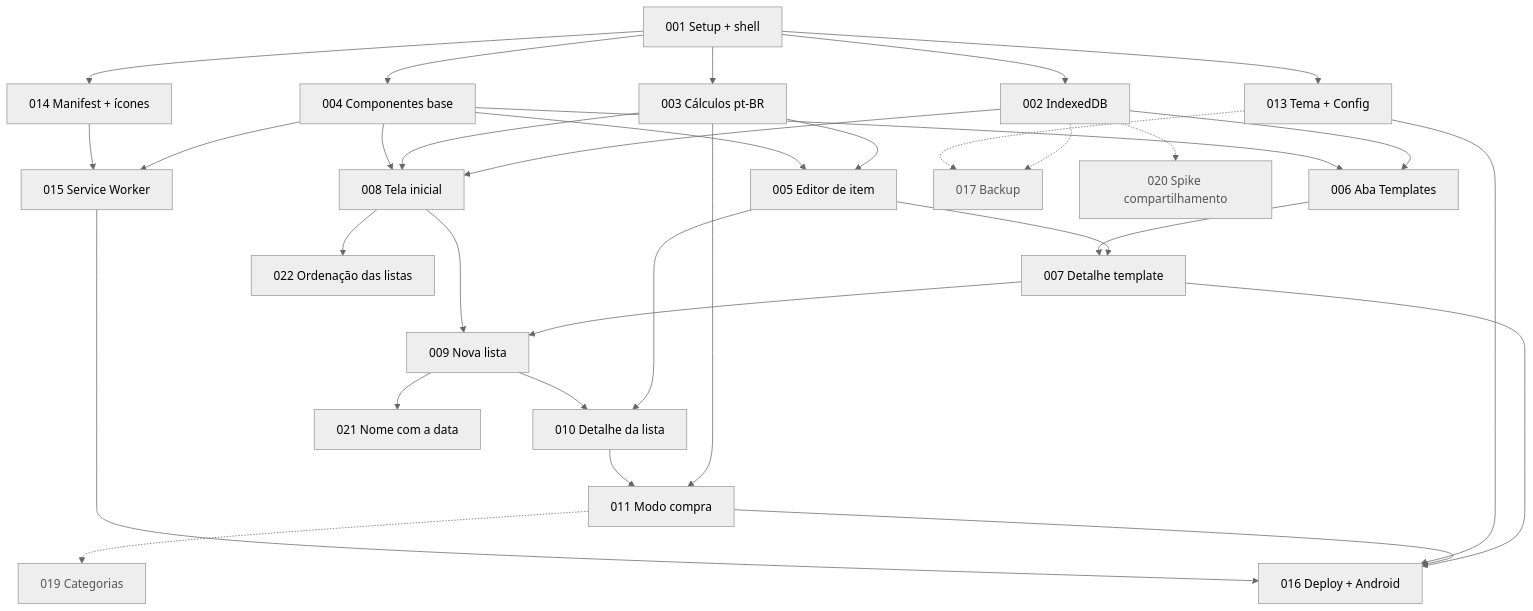
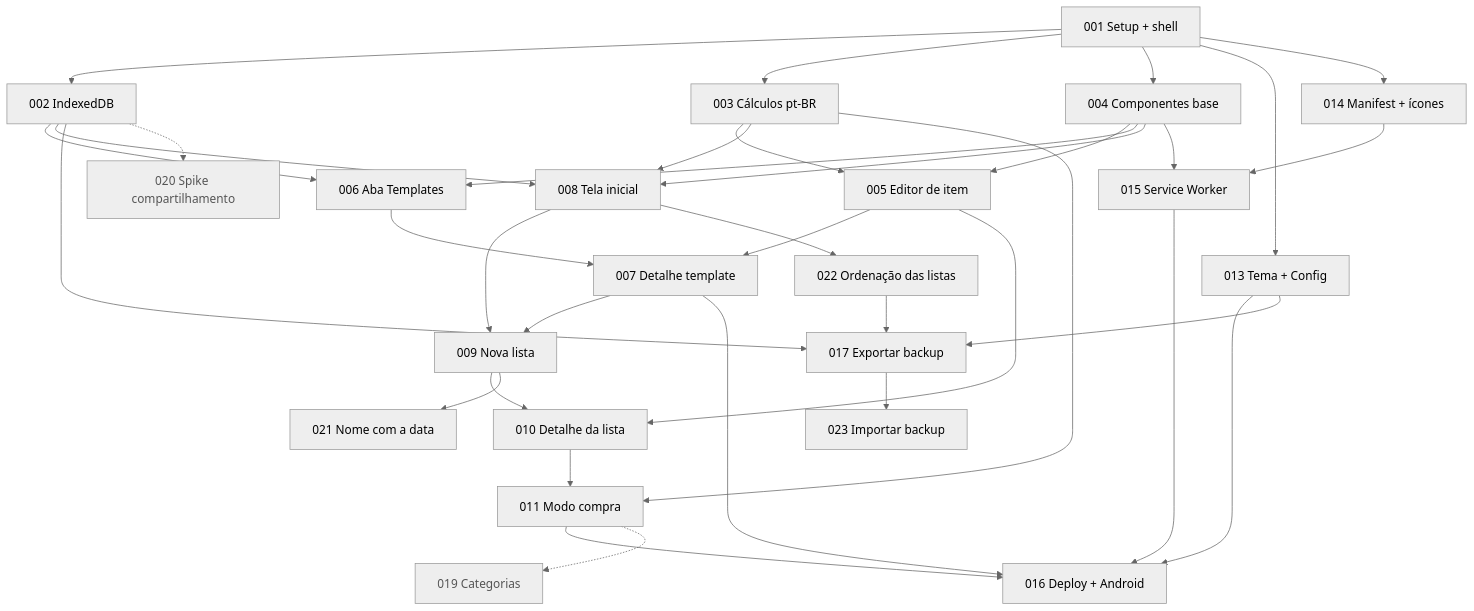
Before and after one commit to thalesAlves758/cestinha: the diagram in docs/cards/_index.md, drawn with Mermaid (neutral theme). The commit also changed other lines of this file and 4 other files, not shown here.

First line of the commit message:
doc: cards do backup (CARD-017 exportar, CARD-023 importar)

````diff
--- a/docs/cards/_index.md
+++ b/docs/cards/_index.md
@@ -54,39 +56,41 @@
 ```mermaid
 flowchart TD
     C001[001 Setup + shell] --> C002[002 IndexedDB]
     C001 --> C003[003 Cálculos pt-BR]
     C001 --> C004[004 Componentes base]
     C001 --> C013[013 Tema + Config]
     C001 --> C014[014 Manifest + ícones]
     C003 --> C005[005 Editor de item]
     C004 --> C005
     C002 --> C006[006 Aba Templates]
     C004 --> C006
     C005 --> C007[007 Detalhe template]
     C006 --> C007
     C002 --> C008[008 Tela inicial]
     C003 --> C008
     C004 --> C008
     C007 --> C009[009 Nova lista]
     C008 --> C009
     C005 --> C010[010 Detalhe da lista]
     C009 --> C010
     C003 --> C011[011 Modo compra]
     C010 --> C011
     C004 --> C015[015 Service Worker]
     C014 --> C015
     C007 --> C016[016 Deploy + Android]
     C011 --> C016
     C013 --> C016
     C015 --> C016
     C009 --> C021[021 Nome com a data]
     C008 --> C022[022 Ordenação das listas]
 
-    C002 -.-> C017[017 Backup]
-    C013 -.-> C017
+    C002 --> C017[017 Exportar backup]
+    C013 --> C017
+    C022 --> C017
+    C017 --> C023[023 Importar backup]
     C011 -.-> C019[019 Categorias]
     C002 -.-> C020[020 Spike compartilhamento]
 
     classDef depois fill:#eee,stroke:#999,color:#555;
-    class C017,C019,C020 depois;
+    class C019,C020 depois;
 ```
````
